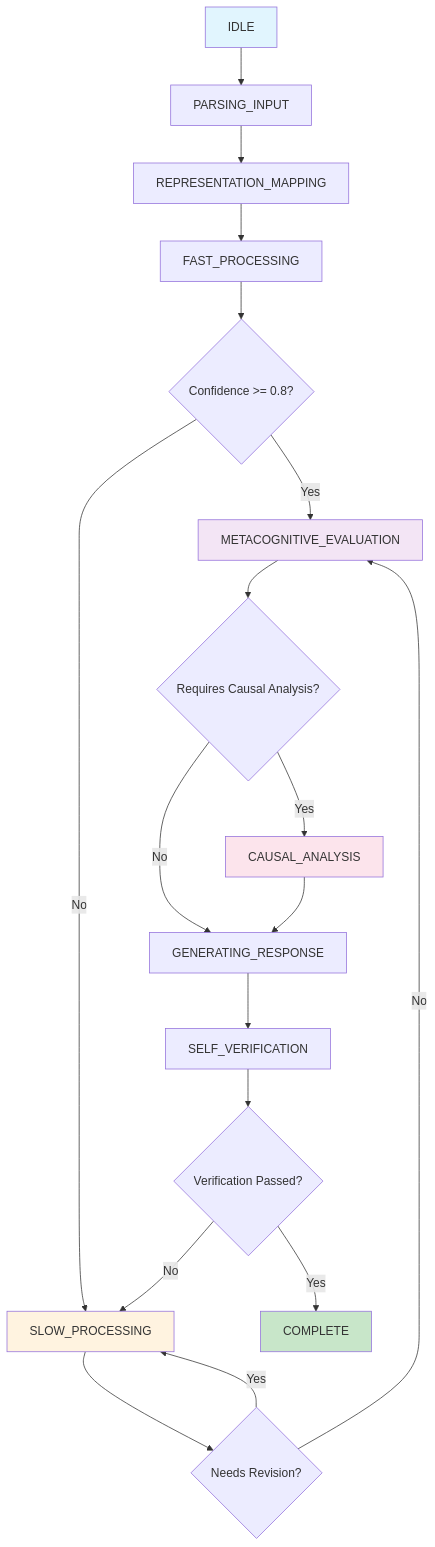
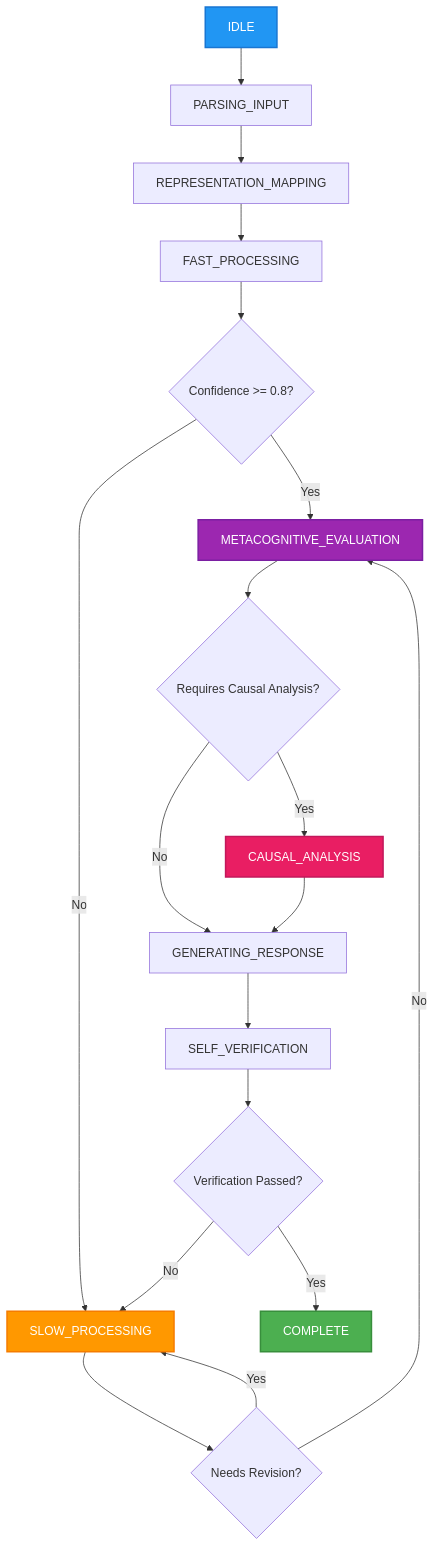
The first of 3 diagrams in README.md (mbhatt1/agentreasoning-sdk), drawn with Mermaid before and after one commit. The commit also changed other lines of this file, not shown here.

````diff
--- a/README.md
+++ b/README.md
@@ -165,30 +165,30 @@
 ```mermaid
 graph TD
     A[IDLE] --> B[PARSING_INPUT]
     B --> C[REPRESENTATION_MAPPING]
     C --> D[FAST_PROCESSING]
     
     D --> E{Confidence >= 0.8?}
     E -->|Yes| F[METACOGNITIVE_EVALUATION]
     E -->|No| G[SLOW_PROCESSING]
     
     G --> H{Needs Revision?}
     H -->|Yes| G
     H -->|No| F
     
     F --> I{Requires Causal Analysis?}
     I -->|Yes| J[CAUSAL_ANALYSIS]
     I -->|No| K[GENERATING_RESPONSE]
     J --> K
     
     K --> L[SELF_VERIFICATION]
     L --> M{Verification Passed?}
     M -->|No| G
     M -->|Yes| N[COMPLETE]
     
-    style A fill:#e1f5fe
-    style N fill:#c8e6c9
-    style G fill:#fff3e0
-    style F fill:#f3e5f5
-    style J fill:#fce4ec
+    style A fill:#2196F3,stroke:#1976D2,stroke-width:2px,color:#fff
+    style N fill:#4CAF50,stroke:#388E3C,stroke-width:2px,color:#fff
+    style G fill:#FF9800,stroke:#F57C00,stroke-width:2px,color:#fff
+    style F fill:#9C27B0,stroke:#7B1FA2,stroke-width:2px,color:#fff
+    style J fill:#E91E63,stroke:#C2185B,stroke-width:2px,color:#fff
 ```
````
